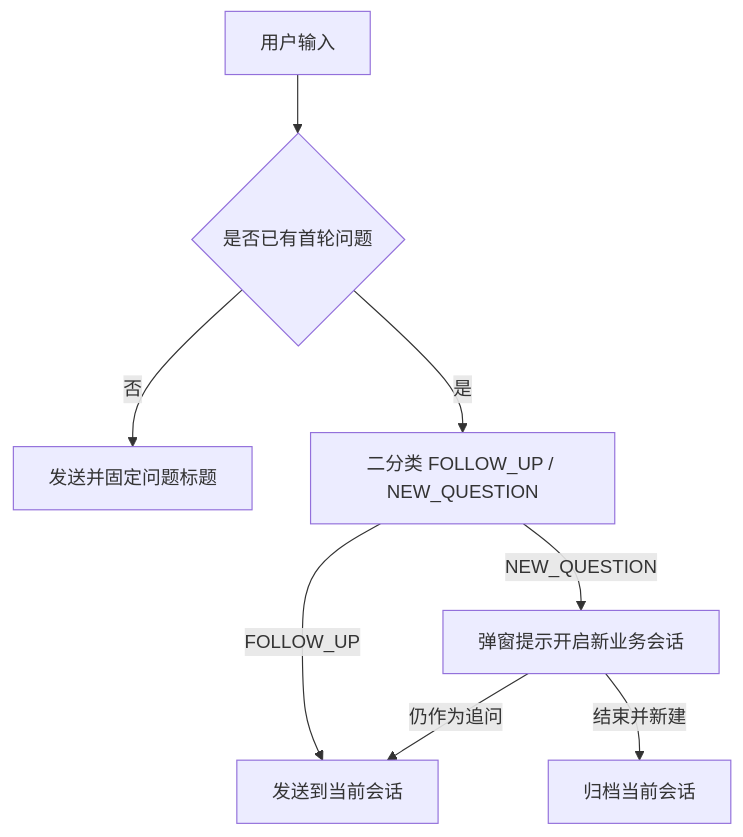
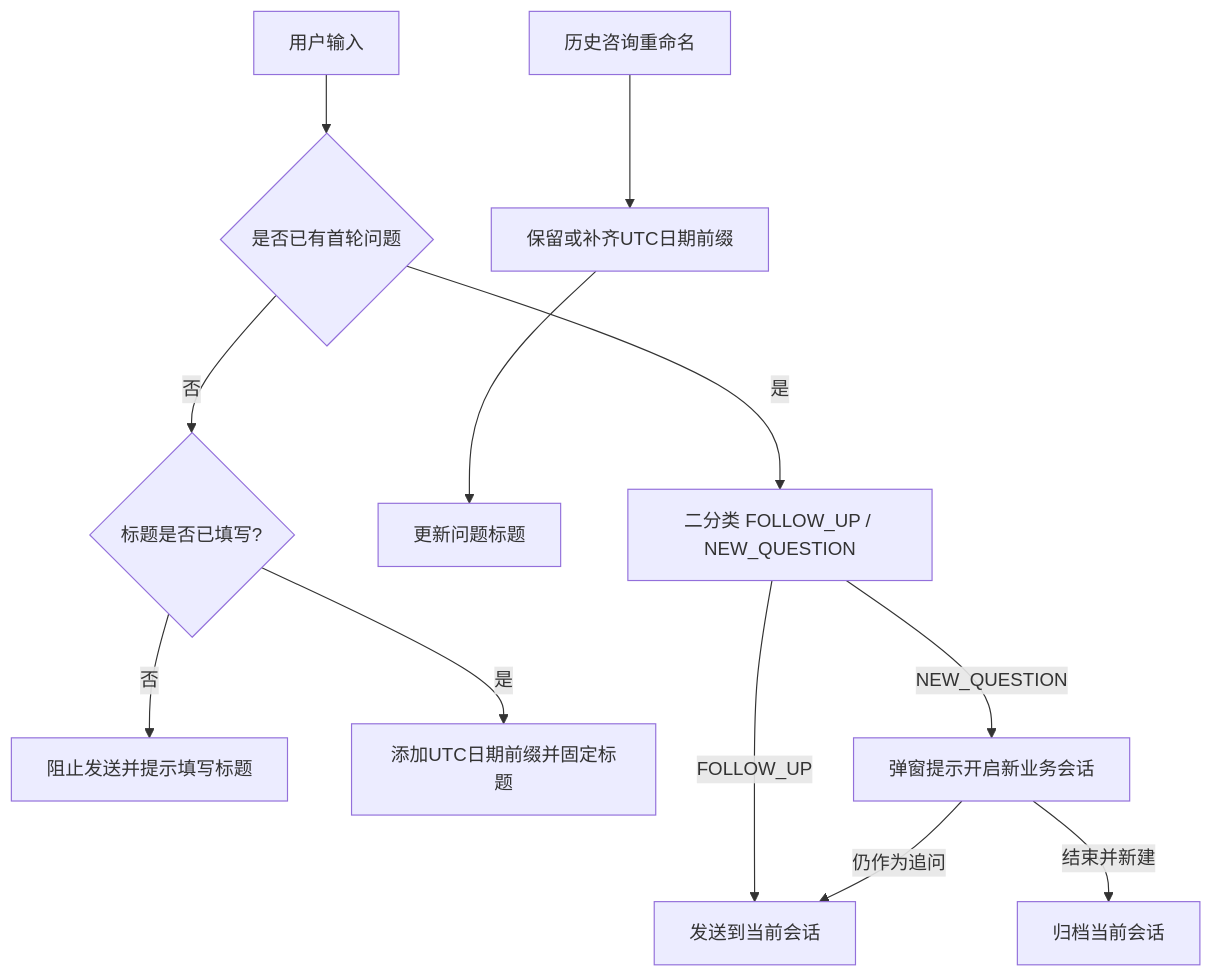
One commit to exception-coder/kai-toolbox changed the third of 3 diagrams in docs/design/咨询引擎选择/咨询引擎选择-current.md. Above: the diagram before and after it, drawn with Mermaid. The commit also changed other lines of this file and 11 other files, not shown here.

````diff
--- a/docs/design/咨询引擎选择/咨询引擎选择-current.md
+++ b/docs/design/咨询引擎选择/咨询引擎选择-current.md
@@ -82,10 +85,14 @@
 ```mermaid
 flowchart TD
     Q["用户输入"] --> F{"是否已有首轮问题"}
-    F -->|"否"| S["发送并固定问题标题"]
+    F -->|"否"| T{"标题是否已填写?"}
+    T -->|"否"| B["阻止发送并提示填写标题"]
+    T -->|"是"| S["添加UTC日期前缀并固定标题"]
+    H["历史咨询重命名"] --> P["保留或补齐UTC日期前缀"]
+    P --> U["更新问题标题"]
     F -->|"是"| C["二分类 FOLLOW_UP / NEW_QUESTION"]
     C -->|"FOLLOW_UP"| S2["发送到当前会话"]
     C -->|"NEW_QUESTION"| D["弹窗提示开启新业务会话"]
     D -->|"结束并新建"| A["归档当前会话"]
     D -->|"仍作为追问"| S2
 ```
````
